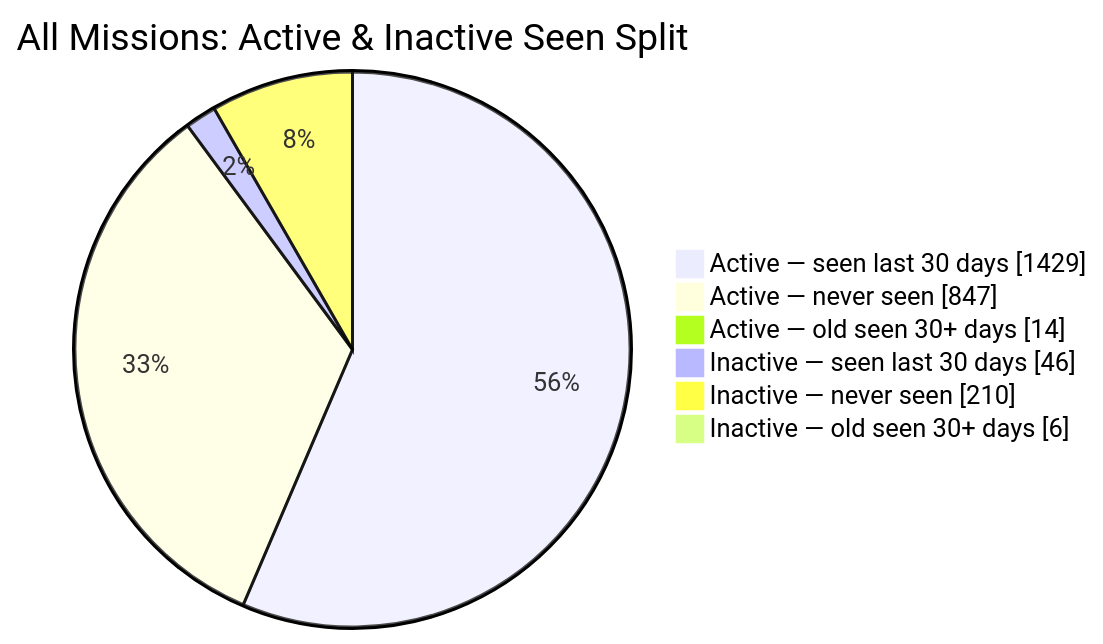
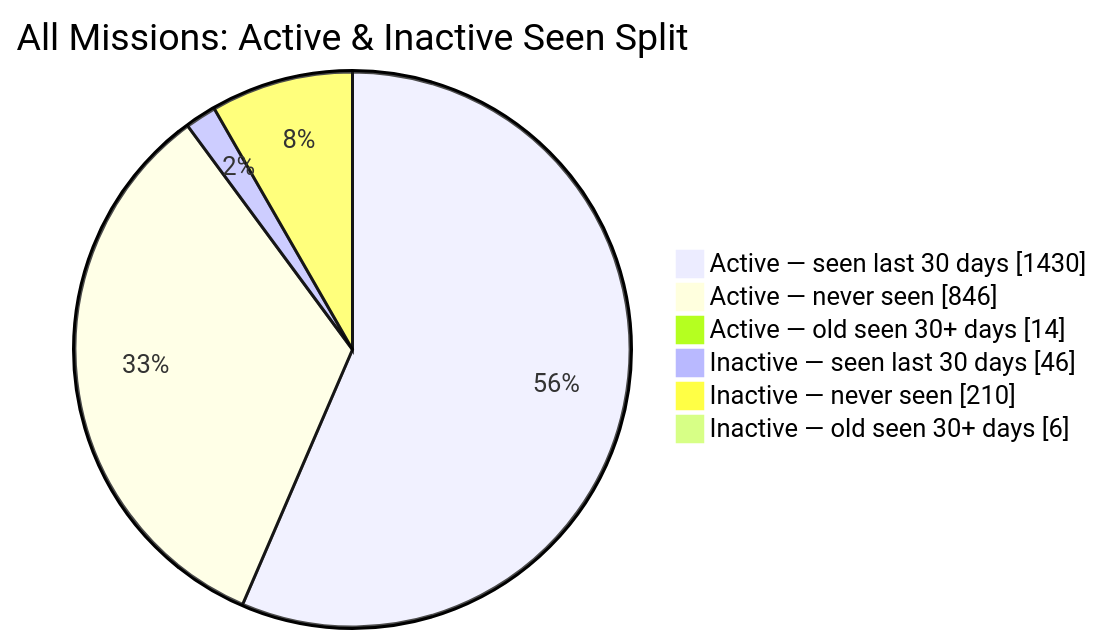
Before and after one commit to MeldkamerspelGameTeam/active-missions: the second of 2 diagrams in README.md, drawn with Mermaid. The commit also changed other lines of this file and 3 other files, not shown here.

````diff
--- a/README.md
+++ b/README.md
@@ -44,10 +44,10 @@
 ```mermaid
 pie showData
     title All Missions: Active & Inactive Seen Split
-    "Active — seen last 30 days" : 1429
-    "Active — never seen" : 847
+    "Active — seen last 30 days" : 1430
+    "Active — never seen" : 846
     "Active — old seen 30+ days" : 14
     "Inactive — seen last 30 days" : 46
     "Inactive — never seen" : 210
     "Inactive — old seen 30+ days" : 6
 ```
````
